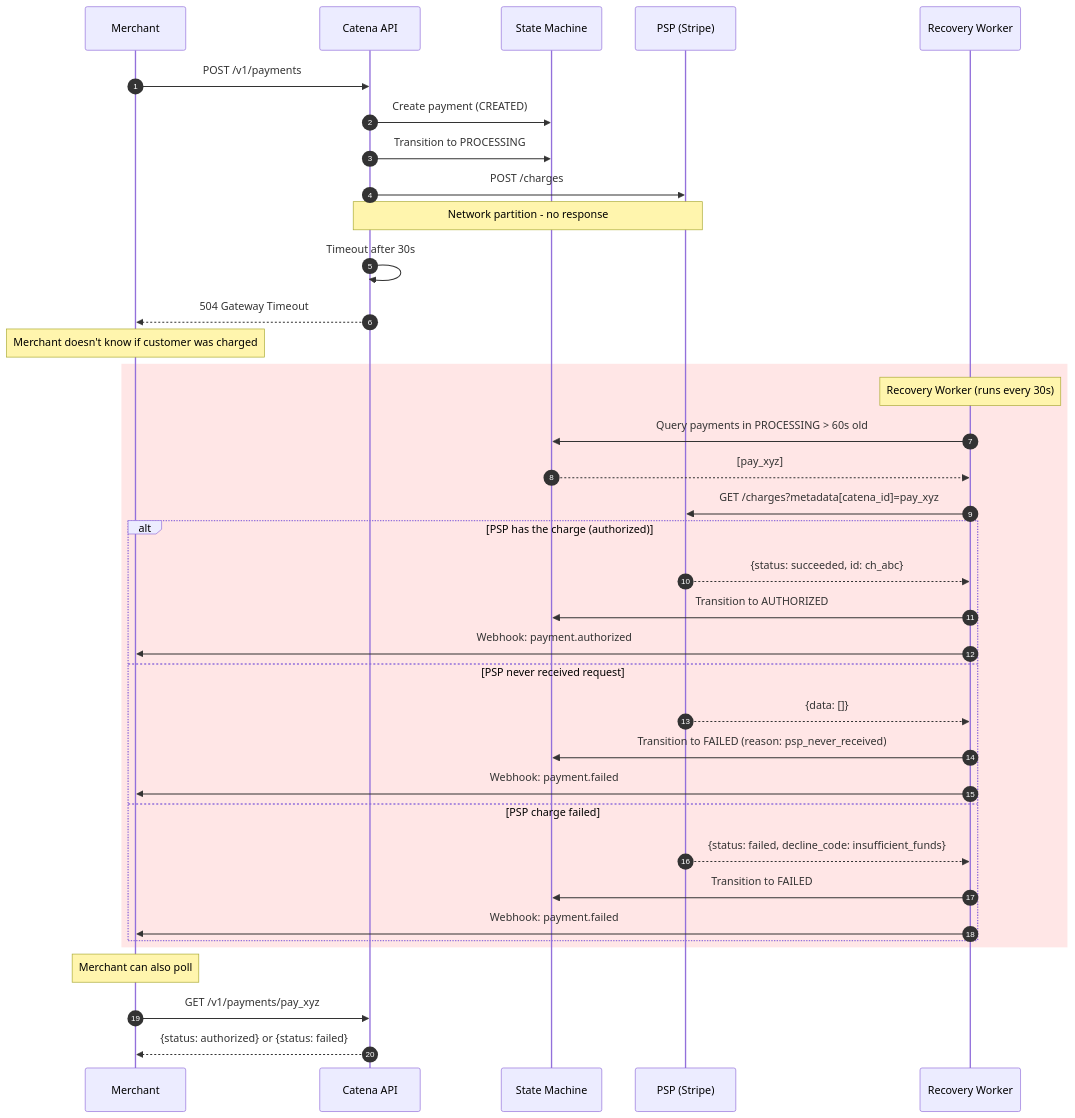
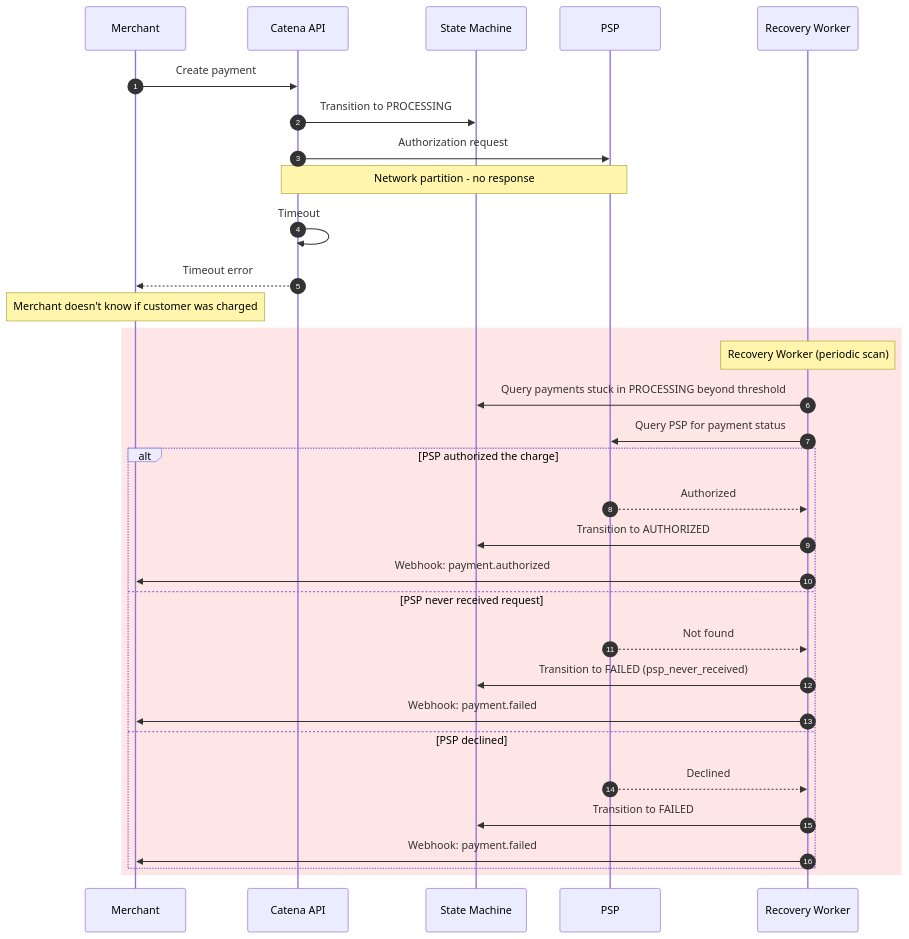
Before and after one commit to ashishthakur913/catenadocs: the seventh of 15 diagrams in PRD.md, drawn with Mermaid. The commit also changed other lines of this file and 1 other file, not shown here.

````diff
--- a/PRD.md
+++ b/PRD.md
@@ -898,46 +644,40 @@
 ```mermaid
 sequenceDiagram
     autonumber
     participant M as Merchant
     participant C as Catena API
     participant S as State Machine
-    participant P as PSP (Stripe)
+    participant P as PSP
     participant W as Recovery Worker
     
-    M->>C: POST /v1/payments
-    C->>S: Create payment (CREATED)
+    M->>C: Create payment
     C->>S: Transition to PROCESSING
-    C->>P: POST /charges
+    C->>P: Authorization request
     
     Note over C,P: Network partition - no response
     
-    C->>C: Timeout after 30s
-    C-->>M: 504 Gateway Timeout
+    C->>C: Timeout
+    C-->>M: Timeout error
     
     Note over M: Merchant doesn't know if customer was charged
     
     rect rgb(255, 230, 230)
-        Note over W: Recovery Worker (runs every 30s)
-        W->>S: Query payments in PROCESSING > 60s old
-        S-->>W: [pay_xyz]
-        W->>P: GET /charges?metadata[catena_id]=pay_xyz
+        Note over W: Recovery Worker (periodic scan)
+        W->>S: Query payments stuck in PROCESSING beyond threshold
+        W->>P: Query PSP for payment status
         
-        alt PSP has the charge (authorized)
-            P-->>W: {status: succeeded, id: ch_abc}
+        alt PSP authorized the charge
+            P-->>W: Authorized
             W->>S: Transition to AUTHORIZED
             W->>M: Webhook: payment.authorized
         else PSP never received request
-            P-->>W: {data: []}
-            W->>S: Transition to FAILED (reason: psp_never_received)
+            P-->>W: Not found
+            W->>S: Transition to FAILED (psp_never_received)
             W->>M: Webhook: payment.failed
-        else PSP charge failed
-            P-->>W: {status: failed, decline_code: insufficient_funds}
+        else PSP declined
+            P-->>W: Declined
             W->>S: Transition to FAILED
             W->>M: Webhook: payment.failed
         end
     end
-    
-    Note over M: Merchant can also poll
-    M->>C: GET /v1/payments/pay_xyz
-    C-->>M: {status: authorized} or {status: failed}
 ```
````
